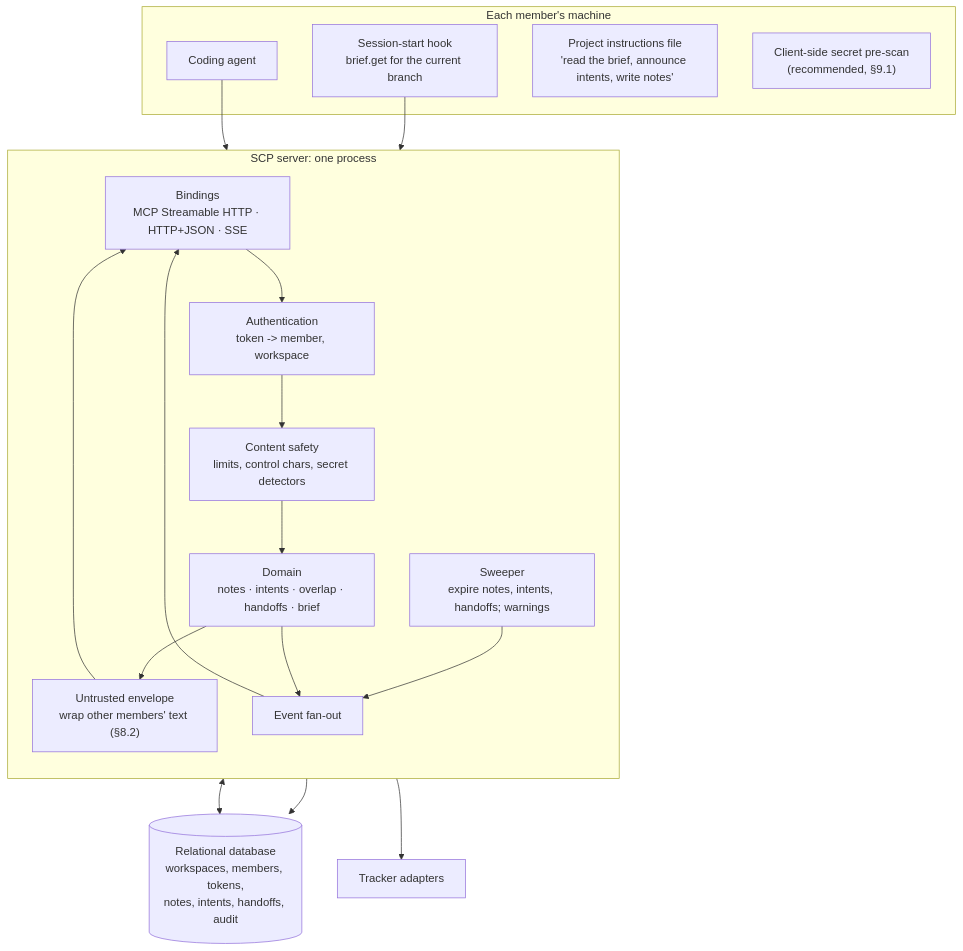
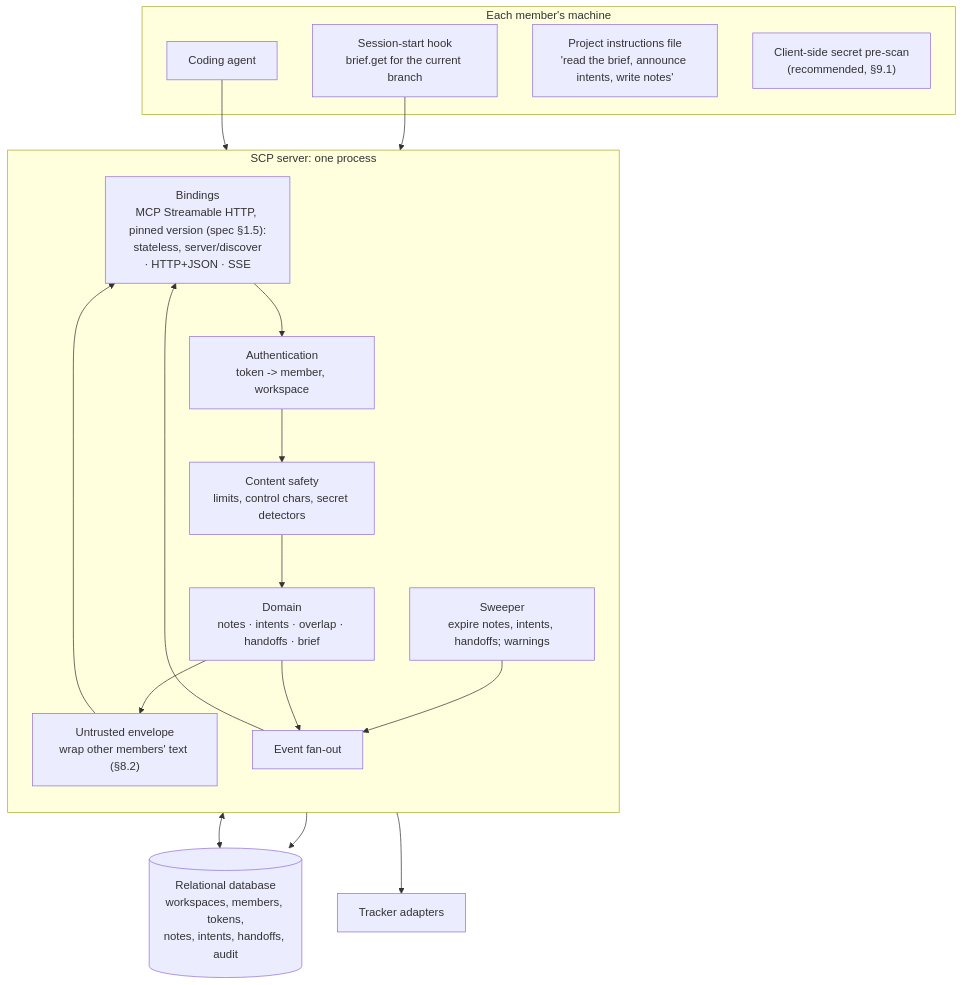
One commit to recluzegeek/shared-context-protocol changed the second of 11 diagrams in docs/architecture.md. Above: the diagram before and after it, drawn with Mermaid. The commit also changed other lines of this file and 3 other files, not shown here.

````diff
--- a/docs/architecture.md
+++ b/docs/architecture.md
@@ -41,33 +41,33 @@
 ```mermaid
 flowchart TB
     subgraph client["Each member's machine"]
         AG["Coding agent"]
         HK["Session-start hook<br/>brief.get for the current branch"]
         RULE["Project instructions file<br/>'read the brief, announce intents, write notes'"]
         PRE["Client-side secret pre-scan<br/>(recommended, §9.1)"]
     end
 
     subgraph server["SCP server: one process"]
         direction TB
-        EDGE["Bindings<br/>MCP Streamable HTTP · HTTP+JSON · SSE"]
+        EDGE["Bindings<br/>MCP Streamable HTTP, pinned version (spec §1.5):<br/>stateless, server/discover<br/>· HTTP+JSON · SSE"]
         AUTHN["Authentication<br/>token -> member, workspace"]
         GUARD["Content safety<br/>limits, control chars, secret detectors"]
         CORE["Domain<br/>notes · intents · overlap · handoffs · brief"]
         ENV["Untrusted envelope<br/>wrap other members' text (§8.2)"]
         SWEEP["Sweeper<br/>expire notes, intents, handoffs; warnings"]
         EVT["Event fan-out"]
     end
 
     DB[("Relational database<br/>workspaces, members, tokens,<br/>notes, intents, handoffs, audit")]
     TRK["Tracker adapters"]
 
     AG --> EDGE
     HK --> EDGE
     EDGE --> AUTHN --> GUARD --> CORE
     CORE --> ENV --> EDGE
     CORE <--> DB
     CORE --> TRK
     SWEEP --> DB
     SWEEP --> EVT
     CORE --> EVT --> EDGE
 ```
````
